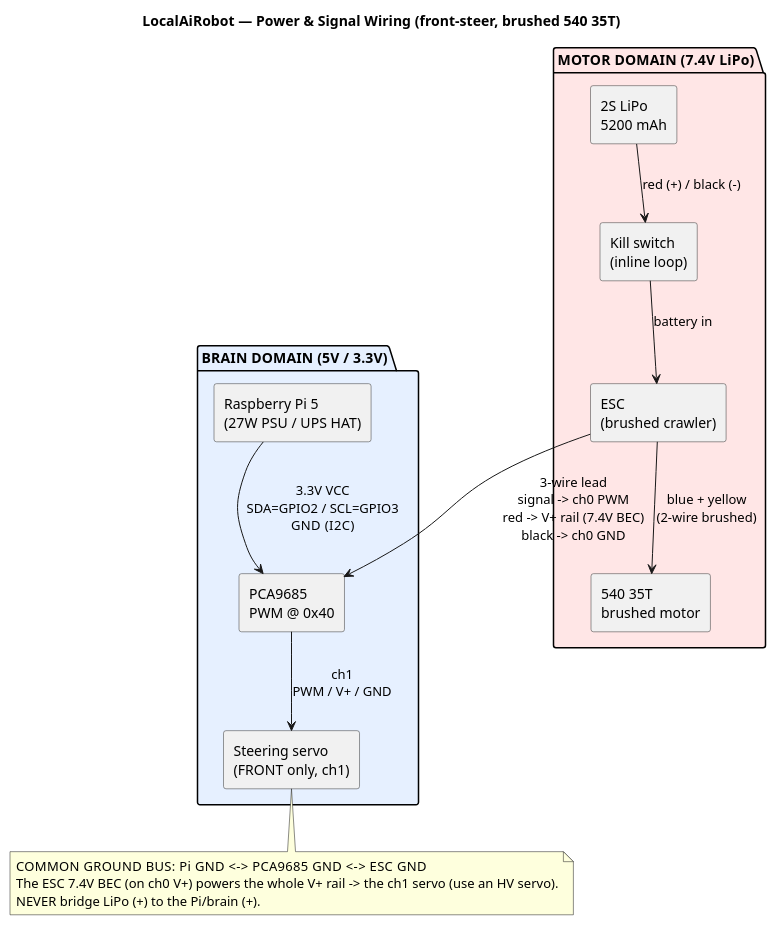
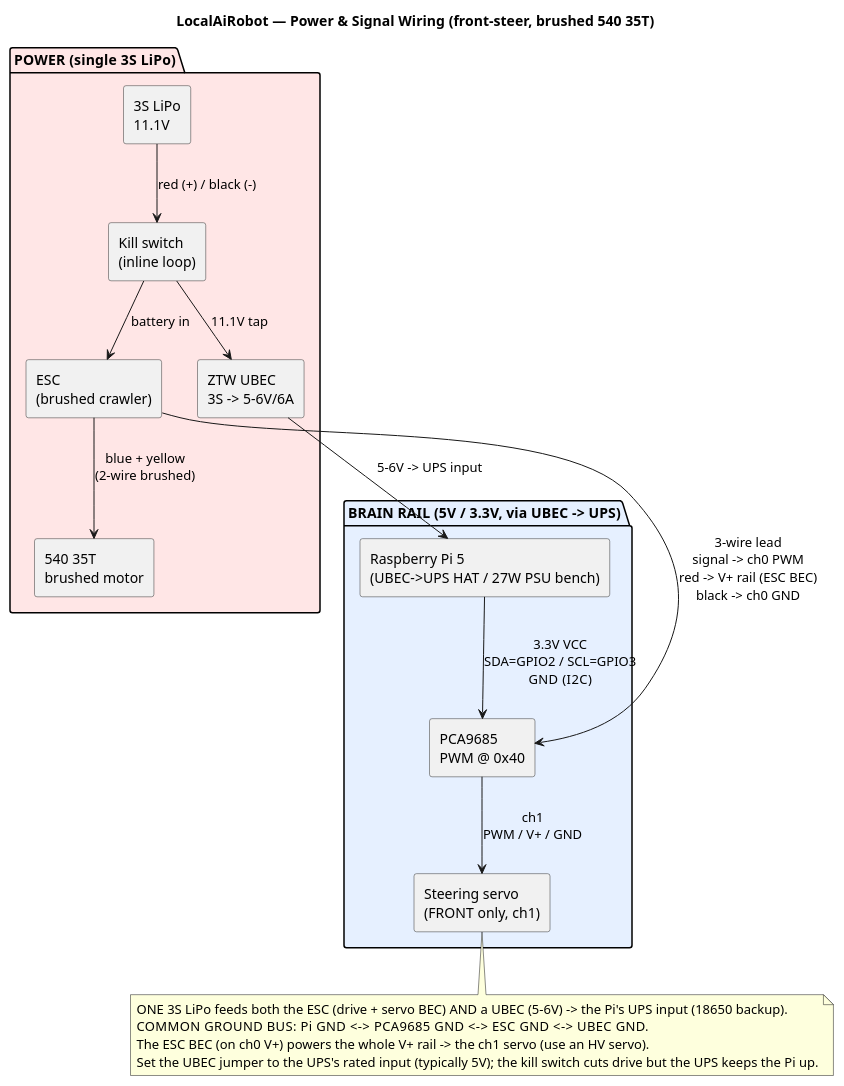
One commit to shen747/LocalAiRobot changed the diagram in docs/wiring/diagrams/wiring-overview.puml. Above: the diagram before and after it, drawn with PlantUML. The commit also changed 20 other files, not shown here.

```diff
--- a/docs/wiring/diagrams/wiring-overview.puml
+++ b/docs/wiring/diagrams/wiring-overview.puml
@@ -1,34 +1,38 @@
 @startuml wiring-overview
 title LocalAiRobot — Power & Signal Wiring (front-steer, brushed 540 35T)
 
 skinparam shadowing false
 skinparam rectangle {
   BorderColor #333333
 }
 
-package "MOTOR DOMAIN  (7.4V LiPo)" #ffe6e6 {
-  rectangle "2S LiPo\n5200 mAh" as LIPO
+package "POWER  (single 3S LiPo)" #ffe6e6 {
+  rectangle "3S LiPo\n11.1V" as LIPO
   rectangle "Kill switch\n(inline loop)" as KILL
   rectangle "ESC\n(brushed crawler)" as ESC
   rectangle "540 35T\nbrushed motor" as MOTOR
+  rectangle "ZTW UBEC\n3S -> 5-6V/6A" as UBEC
 }
 
-package "BRAIN DOMAIN  (5V / 3.3V)" #e6f0ff {
-  rectangle "Raspberry Pi 5\n(27W PSU / UPS HAT)" as PI
+package "BRAIN RAIL  (5V / 3.3V, via UBEC -> UPS)" #e6f0ff {
+  rectangle "Raspberry Pi 5\n(UBEC->UPS HAT / 27W PSU bench)" as PI
   rectangle "PCA9685\nPWM @ 0x40" as PCA
   rectangle "Steering servo\n(FRONT only, ch1)" as SERVO
 }
 
 LIPO  --> KILL  : red (+) / black (-)
 KILL  --> ESC   : battery in
+KILL  --> UBEC  : 11.1V tap
+UBEC  --> PI    : 5-6V -> UPS input
 ESC   --> MOTOR : blue + yellow\n(2-wire brushed)
-ESC   --> PCA   : 3-wire lead\nsignal -> ch0 PWM\nred -> V+ rail (7.4V BEC)\nblack -> ch0 GND
+ESC   --> PCA   : 3-wire lead\nsignal -> ch0 PWM\nred -> V+ rail (ESC BEC)\nblack -> ch0 GND
 PCA   --> SERVO : ch1\nPWM / V+ / GND
 PI    --> PCA   : 3.3V VCC\nSDA=GPIO2 / SCL=GPIO3\nGND  (I2C)
 
 note bottom
-  COMMON GROUND BUS:  Pi GND  <->  PCA9685 GND  <->  ESC GND
-  The ESC 7.4V BEC (on ch0 V+) powers the whole V+ rail -> the ch1 servo (use an HV servo).
-  NEVER bridge LiPo (+) to the Pi/brain (+).
+  ONE 3S LiPo feeds both the ESC (drive + servo BEC) AND a UBEC (5-6V) -> the Pi's UPS input (18650 backup).
+  COMMON GROUND BUS:  Pi GND  <->  PCA9685 GND  <->  ESC GND  <->  UBEC GND.
+  The ESC BEC (on ch0 V+) powers the whole V+ rail -> the ch1 servo (use an HV servo).
+  Set the UBEC jumper to the UPS's rated input (typically 5V); the kill switch cuts drive but the UPS keeps the Pi up.
 end note
 @enduml
```
